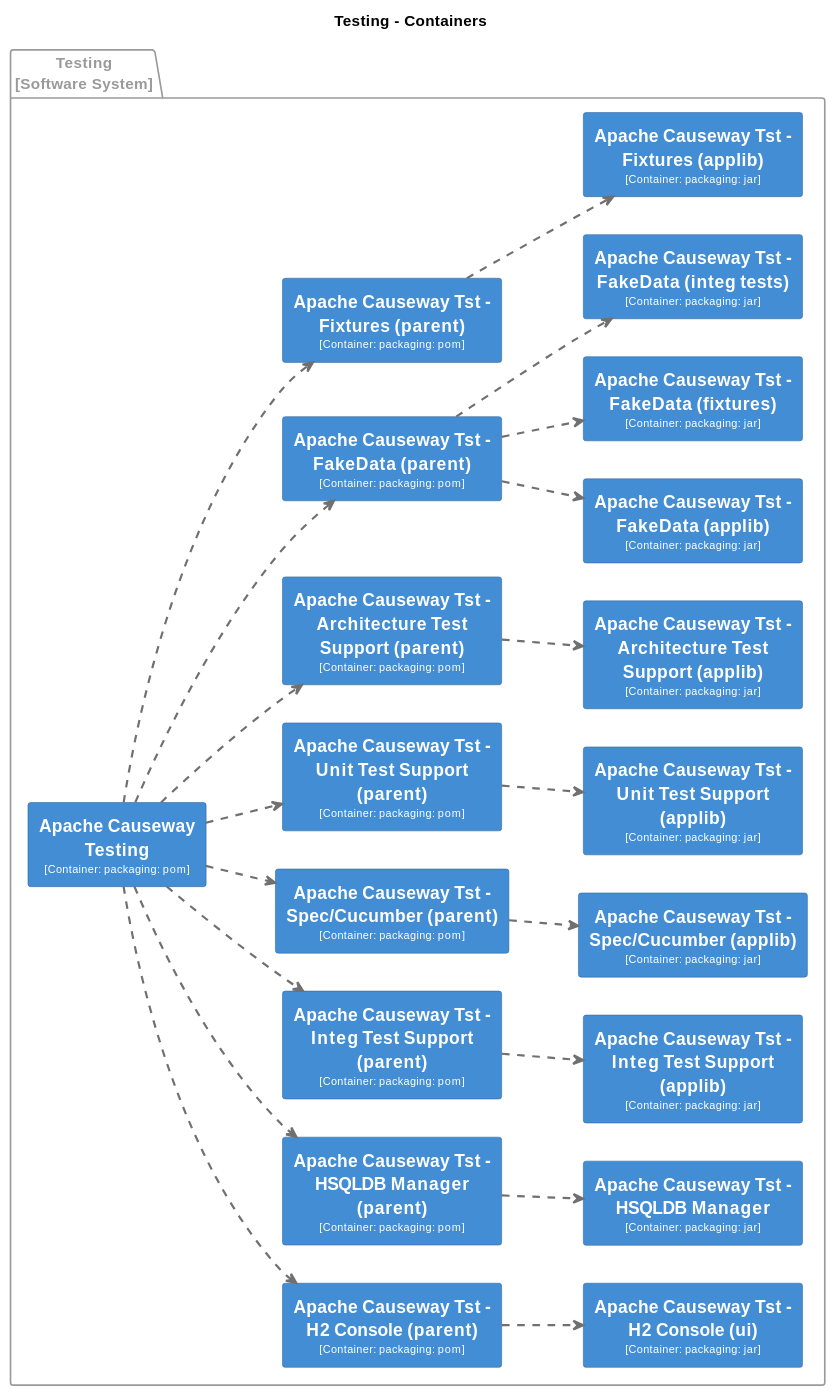
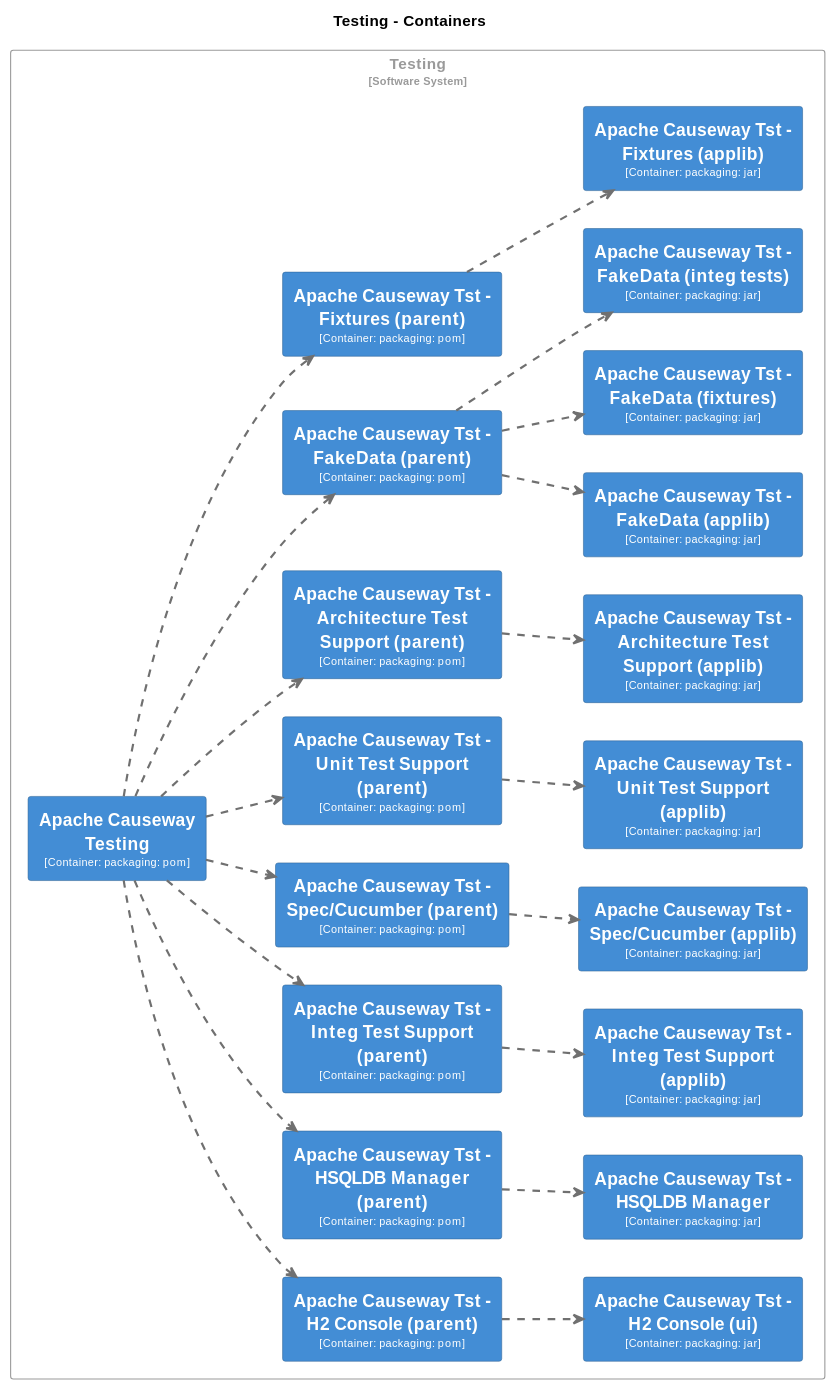
Before and after one commit to apache/causeway: the third of 31 diagrams in core/adoc/modules/_overview/pages/about.adoc, drawn with PlantUML. The commit also changed other lines of this file and 4 other files, not shown here.

```diff
--- a/core/adoc/modules/_overview/pages/about.adoc
+++ b/core/adoc/modules/_overview/pages/about.adoc
@@ -255,9 +255,9 @@
   BorderColor #2e6295
 }
 
-package "Testing\n[Software System]" <<Testing>> {
-  skinparam PackageBorderColor<<Testing>> #9a9a9a
-  skinparam PackageFontColor<<Testing>> #9a9a9a
+rectangle "Testing\n<size:10>[Software System]</size>" <<Testing>> {
+  skinparam RectangleBorderColor<<Testing>> #9a9a9a
+  skinparam RectangleFontColor<<Testing>> #9a9a9a
 
   rectangle "==Apache Causeway Tst - Fixtures (applib)\n<size:10>[Container: packaging: jar]</size>" <<Testing.ApacheCausewayTstFixturesapplib>> as Testing.ApacheCausewayTstFixturesapplib
   rectangle "==Apache Causeway Tst - H2 Console (parent)\n<size:10>[Container: packaging: pom]</size>" <<Testing.ApacheCausewayTstH2Consoleparent>> as Testing.ApacheCausewayTstH2Consoleparent
```
